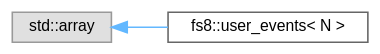
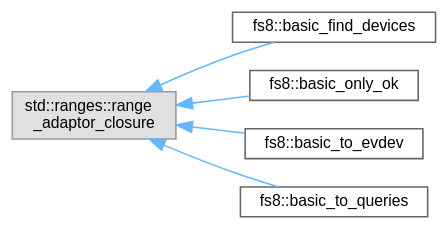
One commit to the-moisrex/foresight changed the diagram in api/inherit_graph_139.dot. Above: the diagram before and after it, drawn with Graphviz. The commit also changed 223 other files, not shown here.

```diff
--- a/api/inherit_graph_139.dot
+++ b/api/inherit_graph_139.dot
@@ -1,11 +1,17 @@
 digraph "Graphical Class Hierarchy"
 {
  // LATEX_PDF_SIZE
   bgcolor="transparent";
   edge [fontname=Helvetica,fontsize=10,labelfontname=Helvetica,labelfontsize=10];
   node [fontname=Helvetica,fontsize=10,shape=box,height=0.2,width=0.4];
   rankdir="LR";
-  Node0 [id="Node000000",label="std::array",height=0.2,width=0.4,color="grey60", fillcolor="#E0E0E0", style="filled",tooltip=" "];
-  Node0 -> Node1 [id="edge130_Node000000_Node000001",dir="back",color="steelblue1",style="solid",tooltip=" "];
-  Node1 [id="Node000001",label="fs8::user_events\< N \>",height=0.2,width=0.4,color="grey40", fillcolor="white", style="filled",URL="$structfs8_1_1user__events.html",tooltip=" "];
+  Node0 [id="Node000000",label="std::ranges::range\l_adaptor_closure",height=0.2,width=0.4,color="grey60", fillcolor="#E0E0E0", style="filled",tooltip=" "];
+  Node0 -> Node1 [id="edge133_Node000000_Node000001",dir="back",color="steelblue1",style="solid",tooltip=" "];
+  Node1 [id="Node000001",label="fs8::basic_find_devices",height=0.2,width=0.4,color="grey40", fillcolor="white", style="filled",URL="$structfs8_1_1basic__find__devices.html",tooltip=" "];
+  Node0 -> Node2 [id="edge134_Node000000_Node000002",dir="back",color="steelblue1",style="solid",tooltip=" "];
+  Node2 [id="Node000002",label="fs8::basic_only_ok",height=0.2,width=0.4,color="grey40", fillcolor="white", style="filled",URL="$structfs8_1_1basic__only__ok.html",tooltip=" "];
+  Node0 -> Node3 [id="edge135_Node000000_Node000003",dir="back",color="steelblue1",style="solid",tooltip=" "];
+  Node3 [id="Node000003",label="fs8::basic_to_evdev",height=0.2,width=0.4,color="grey40", fillcolor="white", style="filled",URL="$structfs8_1_1basic__to__evdev.html",tooltip=" "];
+  Node0 -> Node4 [id="edge136_Node000000_Node000004",dir="back",color="steelblue1",style="solid",tooltip=" "];
+  Node4 [id="Node000004",label="fs8::basic_to_queries",height=0.2,width=0.4,color="grey40", fillcolor="white", style="filled",URL="$structfs8_1_1basic__to__queries.html",tooltip=" "];
 }
```
